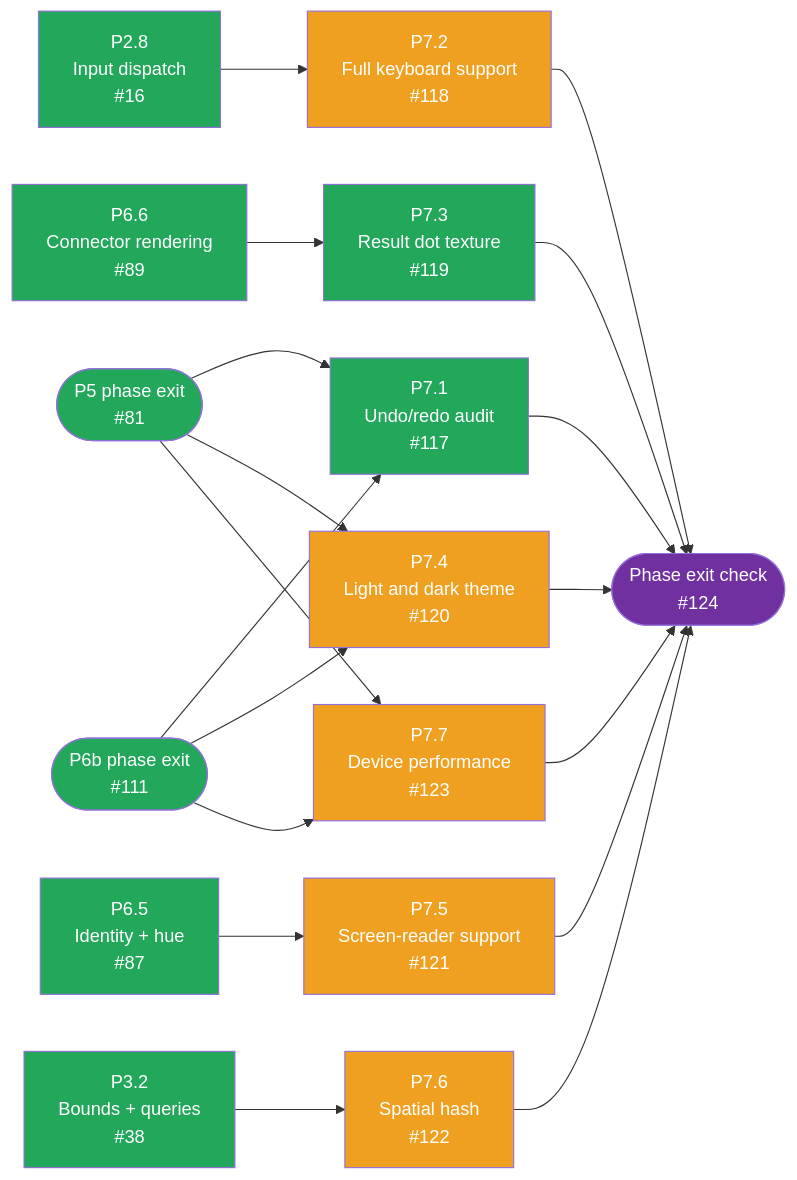
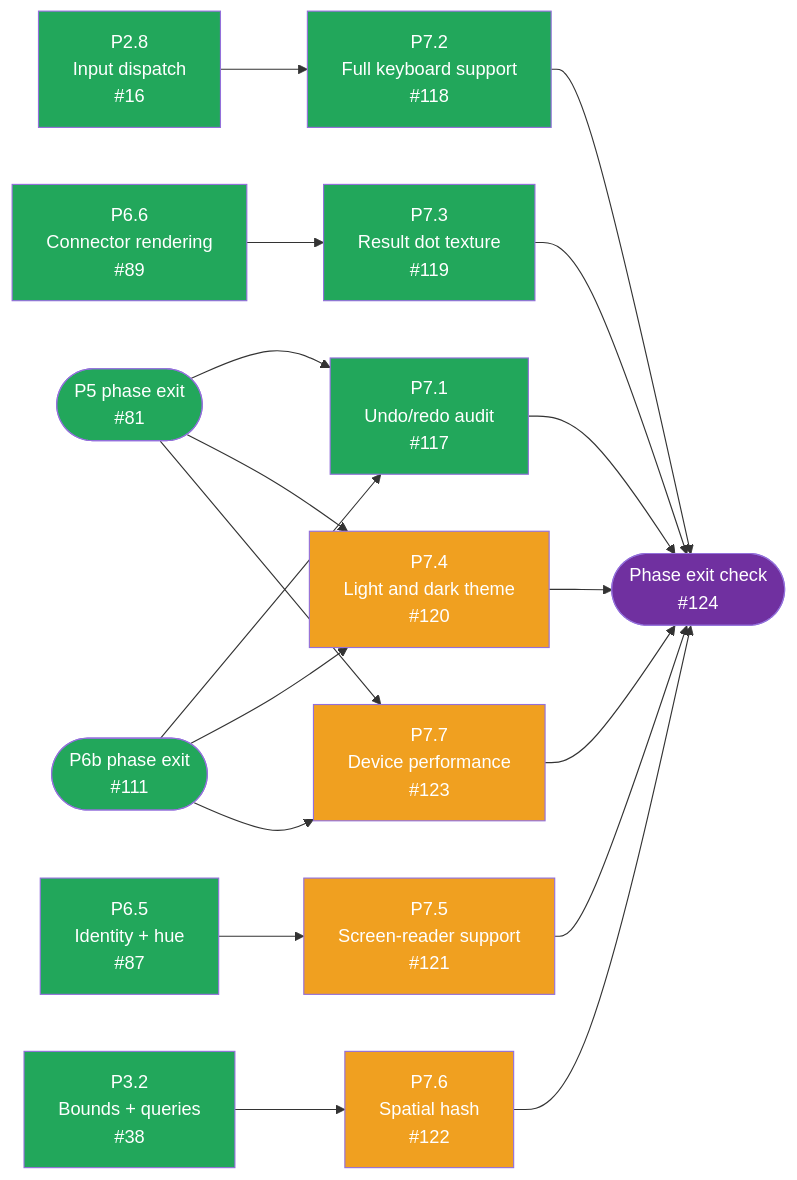
One commit to tousifosman/CalcMind changed the seventh of 7 diagrams in docs/DEVELOPMENT_PLAN.md. Above: the diagram before and after it, drawn with Mermaid. The commit also changed other lines of this file and 16 other files, not shown here.

````diff
--- a/docs/DEVELOPMENT_PLAN.md
+++ b/docs/DEVELOPMENT_PLAN.md
@@ -1321,51 +1321,51 @@
 ```mermaid
 flowchart LR
     P5EXIT(["P5 phase exit<br/>#81"])
     P6bEXIT(["P6b phase exit<br/>#111"])
     P28["P2.8<br/>Input dispatch<br/>#16"]
     P32["P3.2<br/>Bounds + queries<br/>#38"]
     P65["P6.5<br/>Identity + hue<br/>#87"]
     P66["P6.6<br/>Connector rendering<br/>#89"]
     P71["P7.1<br/>Undo/redo audit<br/>#117"]
     P72["P7.2<br/>Full keyboard support<br/>#118"]
     P73["P7.3<br/>Result dot texture<br/>#119"]
     P74["P7.4<br/>Light and dark theme<br/>#120"]
     P75["P7.5<br/>Screen-reader support<br/>#121"]
     P76["P7.6<br/>Spatial hash<br/>#122"]
     P77["P7.7<br/>Device performance<br/>#123"]
     EXIT(["Phase exit check<br/>#124"])
 
     P5EXIT --> P71
     P6bEXIT --> P71
     P28 --> P72
     P66 --> P73
     P5EXIT --> P74
     P6bEXIT --> P74
     P65 --> P75
     P32 --> P76
     P5EXIT --> P77
     P6bEXIT --> P77
 
     P71 --> EXIT
     P72 --> EXIT
     P73 --> EXIT
     P74 --> EXIT
     P75 --> EXIT
     P76 --> EXIT
     P77 --> EXIT
 
     style P5EXIT fill:#22A75B,color:#fff
     style P6bEXIT fill:#22A75B,color:#fff
     style P28 fill:#22A75B,color:#fff
     style P32 fill:#22A75B,color:#fff
     style P65 fill:#22A75B,color:#fff
     style P66 fill:#22A75B,color:#fff
     style P71 fill:#22A75B,color:#fff
-    style P72 fill:#F0A020,color:#fff
+    style P72 fill:#22A75B,color:#fff
     style P73 fill:#22A75B,color:#fff
     style P74 fill:#F0A020,color:#fff
     style P75 fill:#F0A020,color:#fff
     style P76 fill:#F0A020,color:#fff
     style P77 fill:#F0A020,color:#fff
     style EXIT fill:#7030A0,color:#fff
 ```
````
